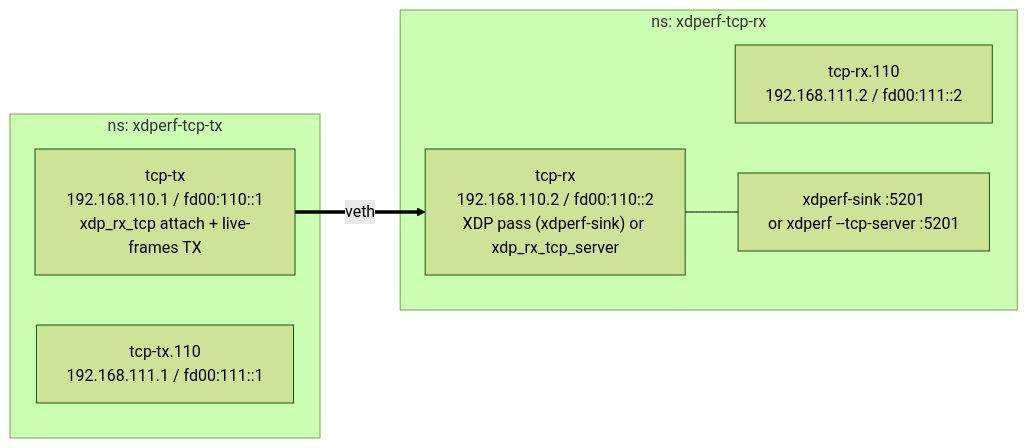
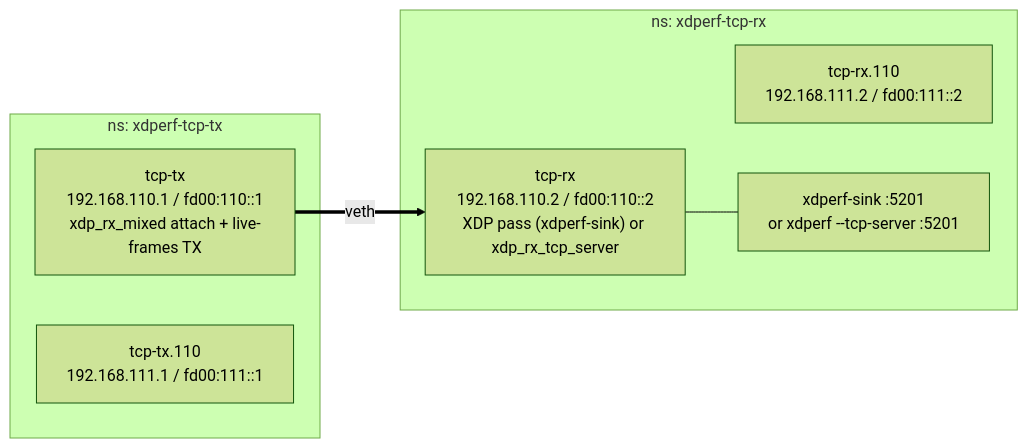
Before and after one commit to takehaya/xdperf: the diagram in examples/tcpstream/README.md, drawn with Mermaid (forest theme). The commit also changed other lines of this file and 40 other files, not shown here.

````diff
--- a/examples/tcpstream/README.md
+++ b/examples/tcpstream/README.md
@@ -16,14 +16,14 @@
 ```mermaid
 flowchart LR
     subgraph tx["ns: xdperf-tcp-tx"]
-        txdev["tcp-tx<br/>192.168.110.1 / fd00:110::1<br/>xdp_rx_tcp attach + live-frames TX"]
+        txdev["tcp-tx<br/>192.168.110.1 / fd00:110::1<br/>xdp_rx_mixed attach + live-frames TX"]
         txvlan["tcp-tx.110<br/>192.168.111.1 / fd00:111::1"]
     end
     subgraph rx["ns: xdperf-tcp-rx"]
         rxdev["tcp-rx<br/>192.168.110.2 / fd00:110::2<br/>XDP pass (xdperf-sink) or xdp_rx_tcp_server"]
         rxvlan["tcp-rx.110<br/>192.168.111.2 / fd00:111::2"]
         sink["xdperf-sink :5201<br/>or xdperf --tcp-server :5201"]
     end
     txdev ==>|veth| rxdev
     rxdev --- sink
 ```
````
